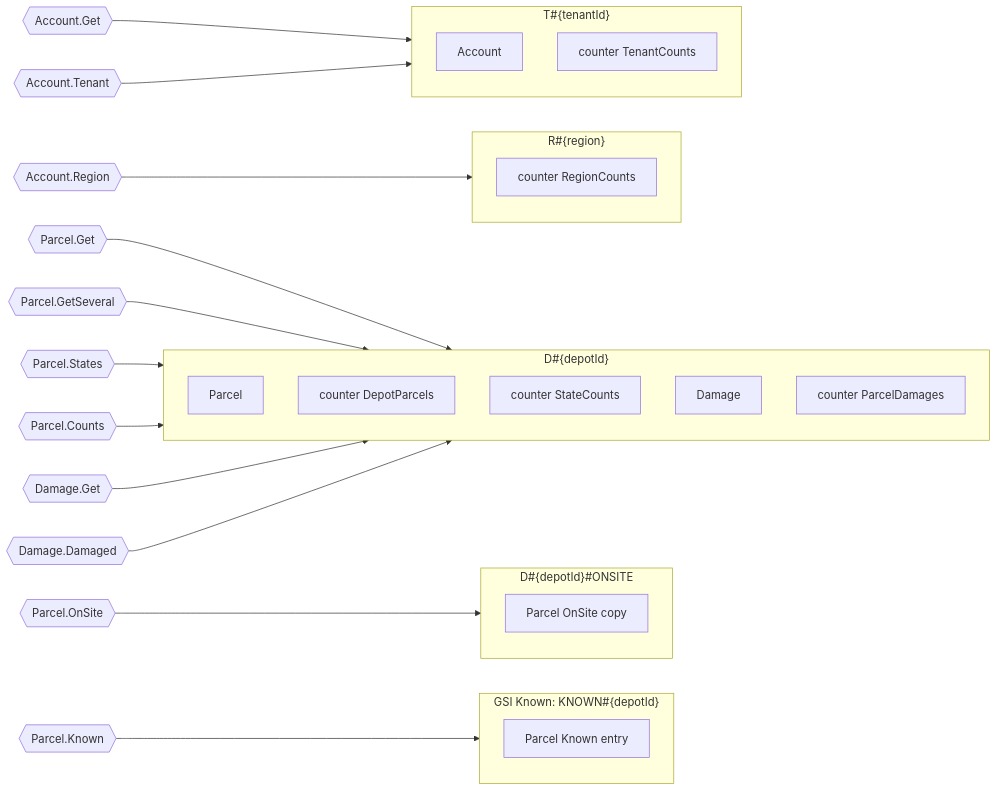
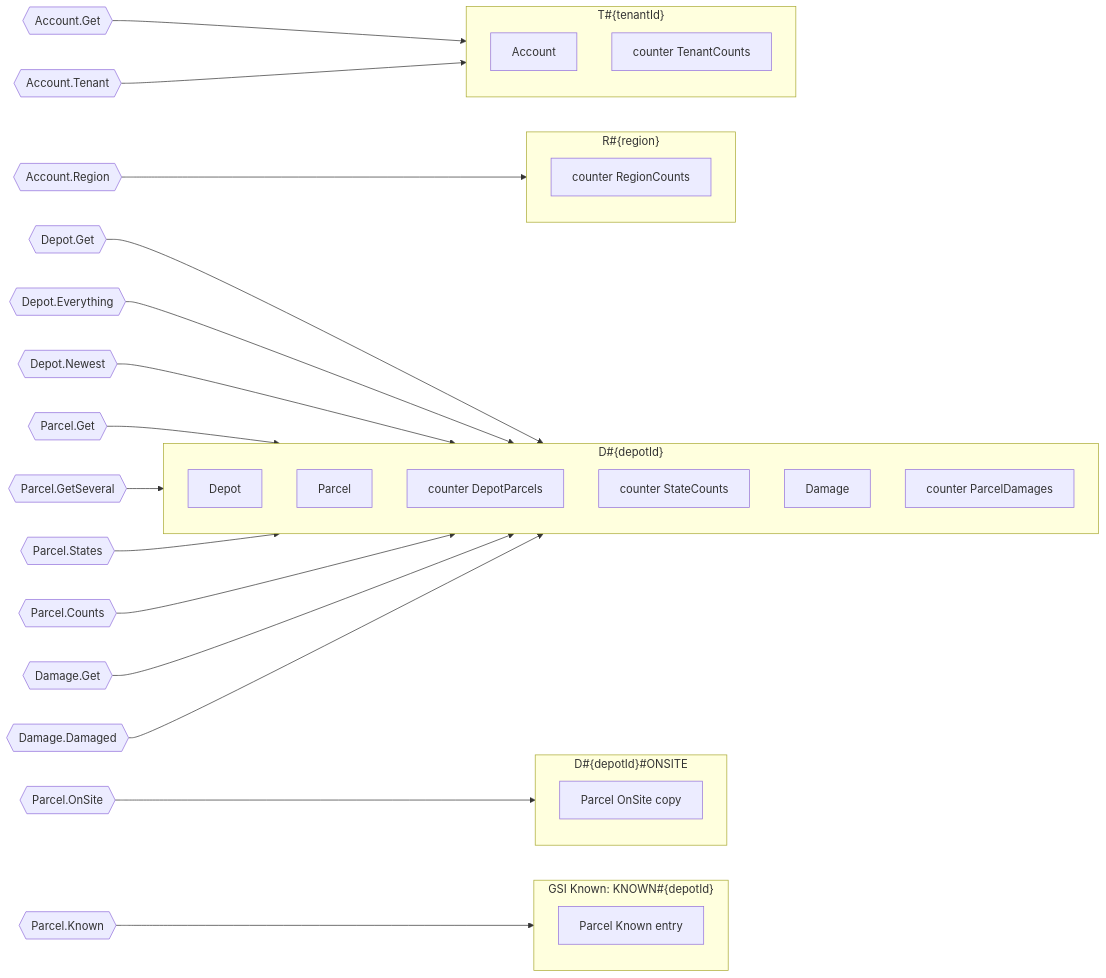
One commit to nicklanng/dynago changed the fourth of 8 diagrams in internal/e2e/fixture/fixture.model.md. Above: the diagram before and after it, drawn with Mermaid. The commit also changed other lines of this file and 22 other files, not shown here.

````diff
--- a/internal/e2e/fixture/fixture.model.md
+++ b/internal/e2e/fixture/fixture.model.md
@@ -156,34 +163,38 @@
 ```mermaid
 flowchart LR
   subgraph p0["T#35;{tenantId}"]
     p0m0["Account"]
     p0m1["counter TenantCounts"]
   end
   subgraph p1["R#35;{region}"]
     p1m0["counter RegionCounts"]
   end
   subgraph p2["D#35;{depotId}"]
-    p2m0["Parcel"]
-    p2m1["counter DepotParcels"]
-    p2m2["counter StateCounts"]
-    p2m3["Damage"]
-    p2m4["counter ParcelDamages"]
+    p2m0["Depot"]
+    p2m1["Parcel"]
+    p2m2["counter DepotParcels"]
+    p2m3["counter StateCounts"]
+    p2m4["Damage"]
+    p2m5["counter ParcelDamages"]
   end
   subgraph p3["D#35;{depotId}#35;ONSITE"]
     p3m0["Parcel OnSite copy"]
   end
   subgraph p4["GSI Known: KNOWN#35;{depotId}"]
     p4m0["Parcel Known entry"]
   end
   r_Account_Get{{"Account.Get"}} --> p0
   r_Account_Tenant{{"Account.Tenant"}} --> p0
   r_Account_Region{{"Account.Region"}} --> p1
+  r_Depot_Get{{"Depot.Get"}} --> p2
+  r_Depot_Everything{{"Depot.Everything"}} --> p2
+  r_Depot_Newest{{"Depot.Newest"}} --> p2
   r_Parcel_Get{{"Parcel.Get"}} --> p2
   r_Parcel_GetSeveral{{"Parcel.GetSeveral"}} --> p2
   r_Parcel_States{{"Parcel.States"}} --> p2
   r_Parcel_OnSite{{"Parcel.OnSite"}} --> p3
   r_Parcel_Known{{"Parcel.Known"}} --> p4
   r_Parcel_Counts{{"Parcel.Counts"}} --> p2
   r_Damage_Get{{"Damage.Get"}} --> p2
   r_Damage_Damaged{{"Damage.Damaged"}} --> p2
 ```
````
